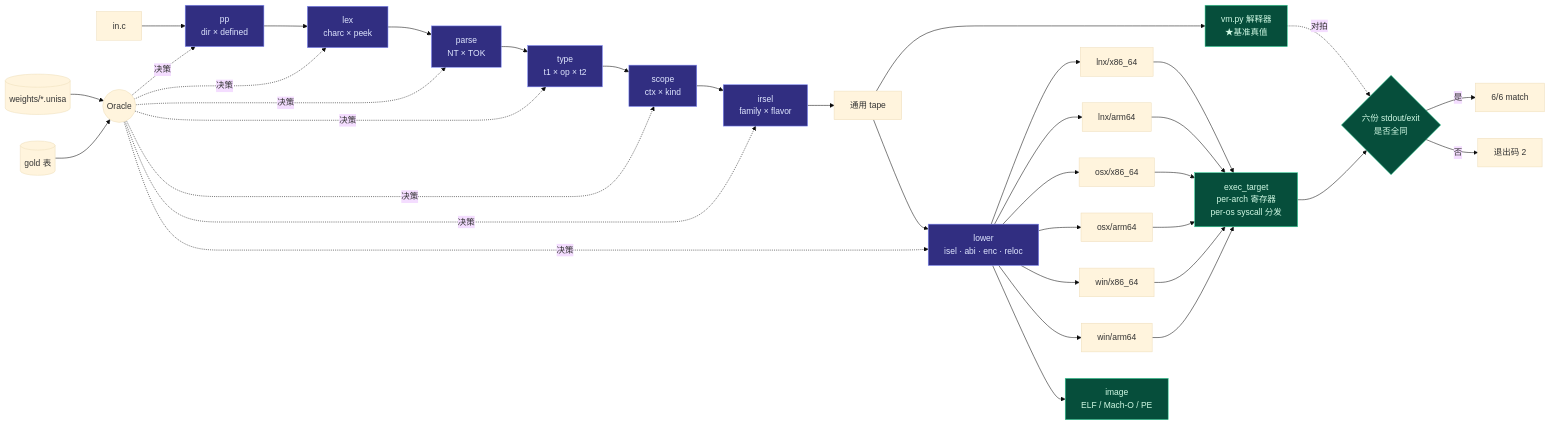
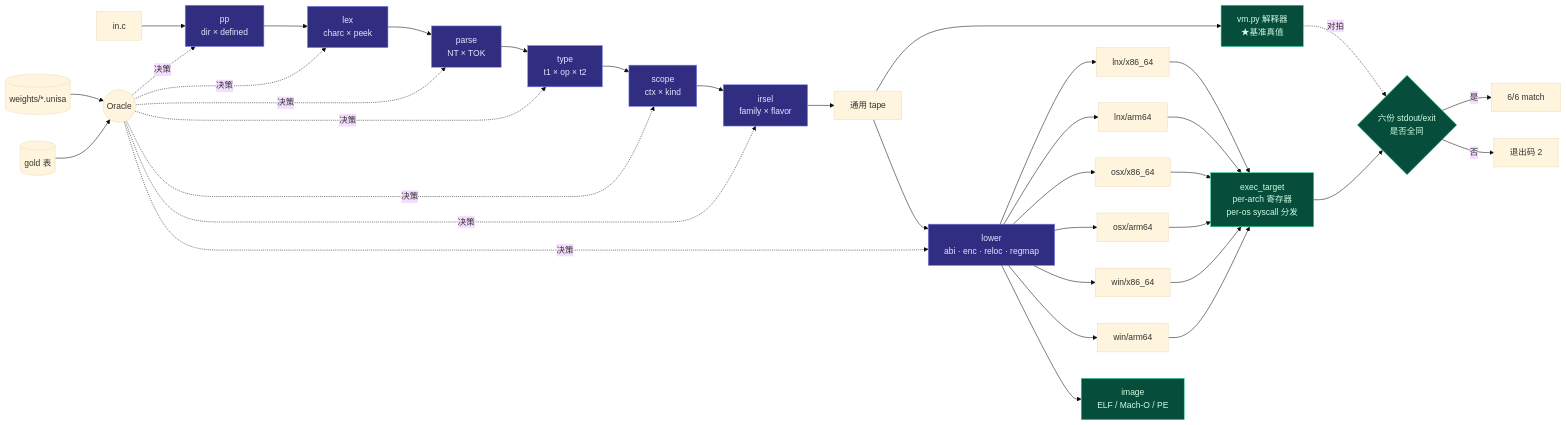
One commit to partnernetsoftware/unisacc changed the third of 5 diagrams in prd.map.md. Above: the diagram before and after it, drawn with Mermaid (base theme). The commit also changed other lines of this file and 21 other files, not shown here.

````diff
--- a/prd.map.md
+++ b/prd.map.md
@@ -100,49 +100,49 @@
 ```mermaid
 flowchart LR
     SRC["in.c"] --> PP["pp<br/>dir × defined"]
     PP --> LEX["lex<br/>charc × peek"]
     LEX --> PAR["parse<br/>NT × TOK"]
     PAR --> TY["type<br/>t1 × op × t2"]
     TY --> SC["scope<br/>ctx × kind"]
     SC --> IRS["irsel<br/>family × flavor"]
     IRS --> TAPE["通用 tape"]
 
     TAPE --> VM["vm.py 解释器<br/>★基准真值"]
 
-    TAPE --> LOW["lower<br/>isel · abi · enc · reloc"]
+    TAPE --> LOW["lower<br/>abi · enc · reloc · regmap"]
     LOW --> T1["lnx/x86_64"]
     LOW --> T2["lnx/arm64"]
     LOW --> T3["osx/x86_64"]
     LOW --> T4["osx/arm64"]
     LOW --> T5["win/x86_64"]
     LOW --> T6["win/arm64"]
 
     T1 --> X["exec_target<br/>per-arch 寄存器<br/>per-os syscall 分发"]
     T2 --> X
     T3 --> X
     T4 --> X
     T5 --> X
     T6 --> X
 
     X --> CMP{"六份 stdout/exit<br/>是否全同"}
     VM -. 对拍 .-> CMP
     CMP -->|是| OK["6/6 match"]
     CMP -->|否| BAD["退出码 2"]
 
     LOW --> IMG["image<br/>ELF / Mach-O / PE"]
 
     ORC(("Oracle")) -.决策.-> PP
     ORC -.决策.-> LEX
     ORC -.决策.-> PAR
     ORC -.决策.-> TY
     ORC -.决策.-> SC
     ORC -.决策.-> IRS
     ORC -.决策.-> LOW
     W[("weights/*.unisa")] --> ORC
     G[("gold 表")] --> ORC
 
     classDef net fill:#312e81,stroke:#818cf8,color:#e0e7ff
     classDef cls fill:#064e3b,stroke:#34d399,color:#d1fae5
     class PP,LEX,PAR,TY,SC,IRS,LOW net
     class VM,X,IMG,CMP cls
 ```
````
